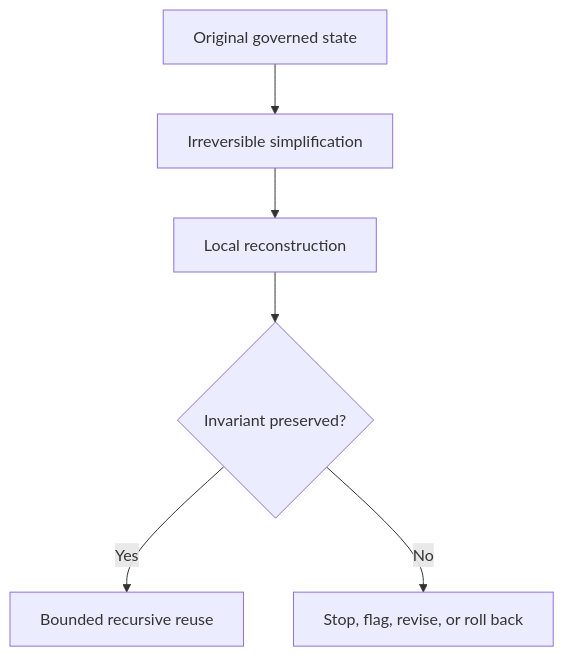
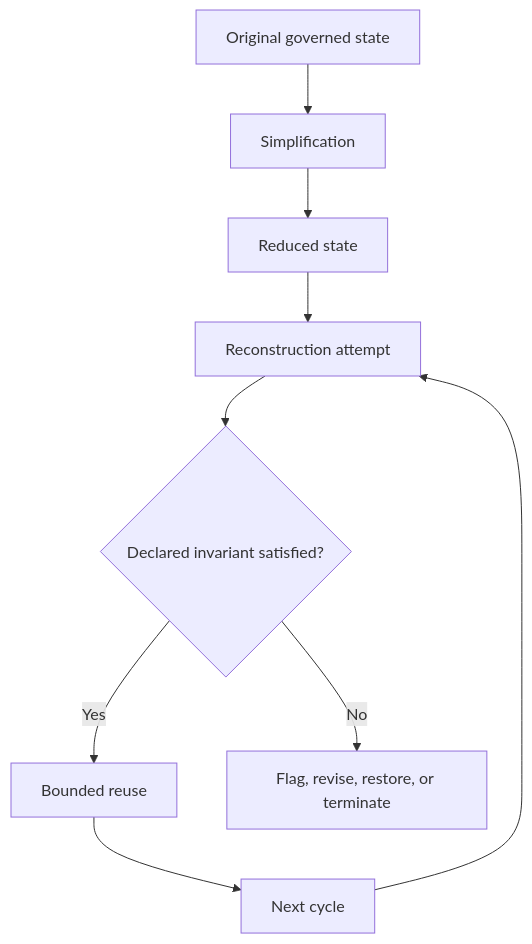
One commit to RobbieRazor/robbies-razor-benchmarks changed the diagram in docs/architecture/post_simplification_reconstruction.md. Above: the diagram before and after it, drawn with Mermaid. The commit also changed other lines of this file, not shown here.

First line of the commit message:
Revise PSRP documentation for clarity and detail (#619)

````diff
--- a/docs/architecture/post_simplification_reconstruction.md
+++ b/docs/architecture/post_simplification_reconstruction.md
@@ -245,8 +691,11 @@
 ```mermaid
 flowchart TD
-    A[Original governed state] --> B[Irreversible simplification]
-    B --> C[Local reconstruction]
-    C --> D{Invariant preserved?}
-    D -->|Yes| E[Bounded recursive reuse]
-    D -->|No| F[Stop, flag, revise, or roll back]
+    A[Original governed state] --> B[Simplification]
+    B --> C[Reduced state]
+    C --> D[Reconstruction attempt]
+    D --> E{Declared invariant satisfied?}
+    E -->|Yes| F[Bounded reuse]
+    E -->|No| G[Flag, revise, restore, or terminate]
+    F --> H[Next cycle]
+    H --> D
 ```
````
